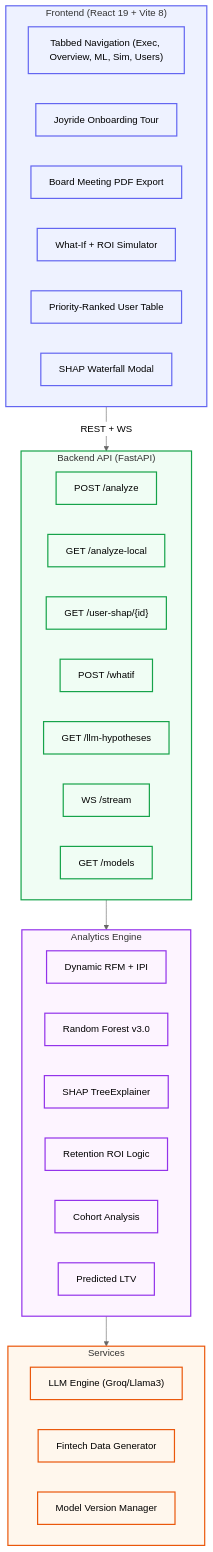
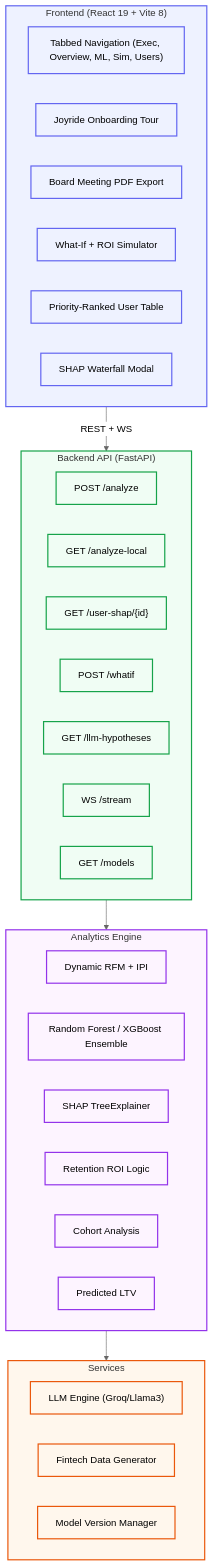
One commit to RiyanshiVerma-11/FinSight changed the diagram in README.md. Above: the diagram before and after it, drawn with Mermaid (neutral theme). The commit also changed other lines of this file and 14 other files, not shown here.

````diff
--- a/README.md
+++ b/README.md
@@ -75,50 +76,50 @@
 ```mermaid
 graph TB
   classDef frontend fill:#eef2ff,stroke:#6366f1,stroke-width:2px
   classDef backend fill:#f0fdf4,stroke:#16a34a,stroke-width:2px
   classDef engine fill:#fdf4ff,stroke:#9333ea,stroke-width:2px
   classDef infra fill:#fff7ed,stroke:#ea580c,stroke-width:2px
 
   subgraph FE ["Frontend (React 19 + Vite 8)"]
     TABS["Tabbed Navigation (Exec, Overview, ML, Sim, Users)"]
     TOUR["Joyride Onboarding Tour"]
     PDF["Board Meeting PDF Export"]
     WI["What-If + ROI Simulator"]
     UT["Priority-Ranked User Table"]
     SM["SHAP Waterfall Modal"]
   end
 
   subgraph API ["Backend API (FastAPI)"]
     AN["POST /analyze"]
     AL["GET /analyze-local"]
     US["GET /user-shap/{id}"]
     WF["POST /whatif"]
     LH["GET /llm-hypotheses"]
     WS["WS /stream"]
     MV["GET /models"]
   end
 
   subgraph AE ["Analytics Engine"]
     RFM["Dynamic RFM + IPI"]
-    ML["Random Forest v3.0"]
+    ML["Random Forest / XGBoost Ensemble"]
     SH["SHAP TreeExplainer"]
     ROI["Retention ROI Logic"]
     COH["Cohort Analysis"]
     LTV["Predicted LTV"]
   end
 
   subgraph SVC ["Services"]
     LLM["LLM Engine (Groq/Llama3)"]
     DG["Fintech Data Generator"]
     MVM["Model Version Manager"]
   end
 
   FE -->|REST + WS| API
   API --> AE
   AE --> SVC
 
   class FE,TABS,TOUR,PDF,WI,UT,SM frontend
   class API,AN,AL,US,WF,LH,WS,MV backend
   class AE,RFM,ML,SH,ROI,COH,LTV engine
   class SVC,LLM,DG,MVM infra
 ```
````
